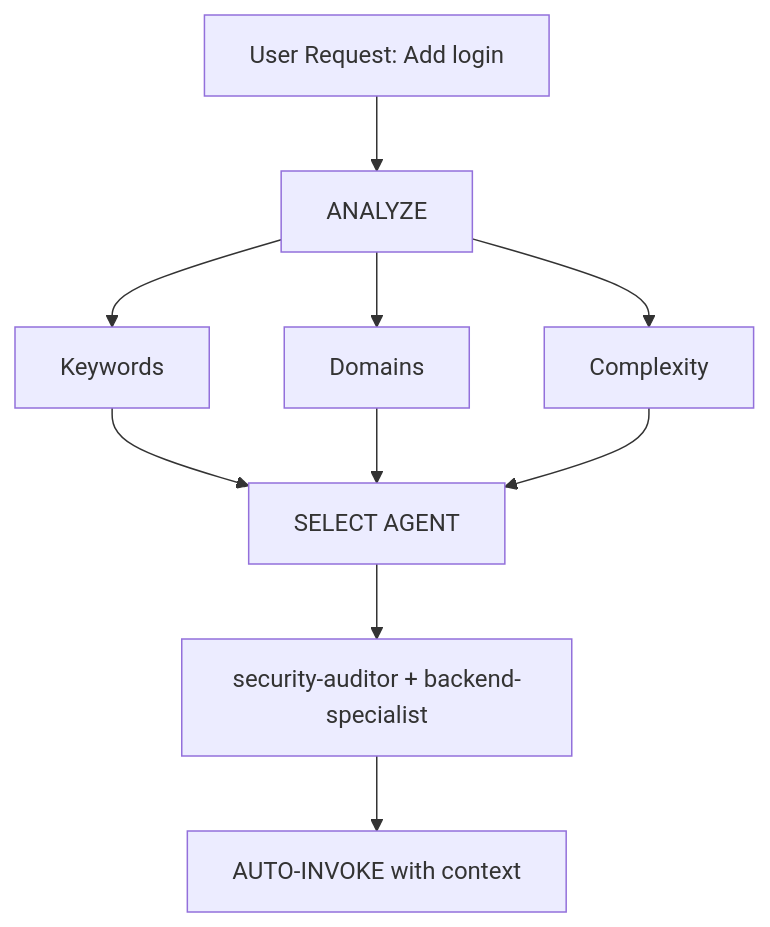
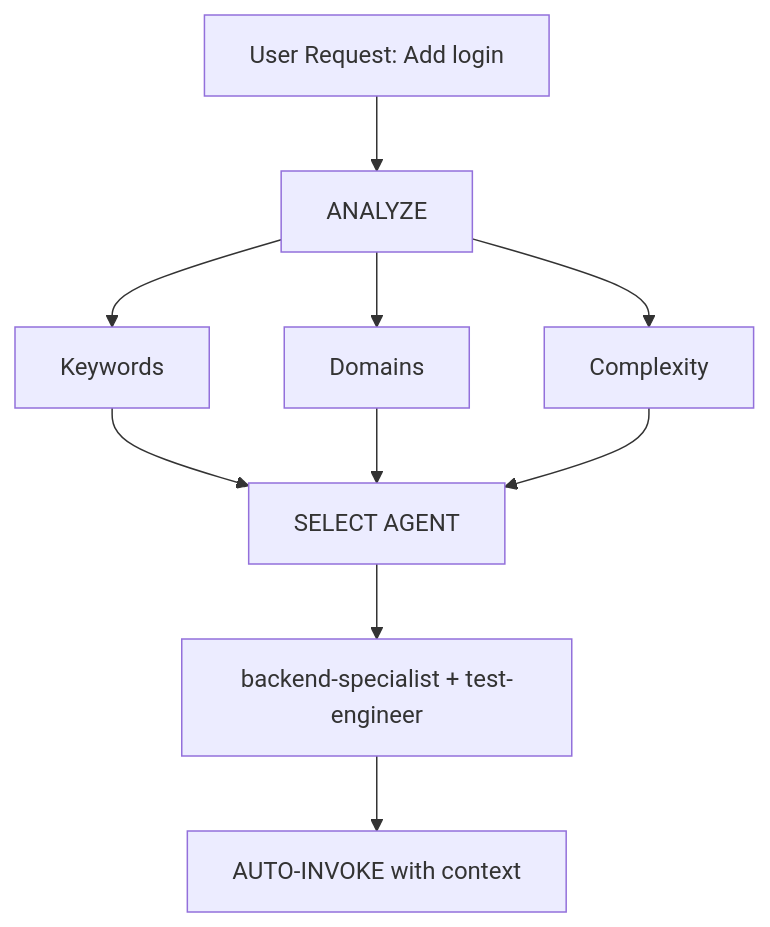
The diagram in .agent/skills/intelligent-routing/SKILL.md (Andryd22/AG-agents-skills), drawn with Mermaid before and after one commit. The commit also changed other lines of this file and 17 other files, not shown here.

````diff
--- a/.agent/skills/intelligent-routing/SKILL.md
+++ b/.agent/skills/intelligent-routing/SKILL.md
@@ -34,12 +35,12 @@
 ```mermaid
 graph TD
     A[User Request: Add login] --> B[ANALYZE]
     B --> C[Keywords]
     B --> D[Domains]
     B --> E[Complexity]
     C --> F[SELECT AGENT]
     D --> F
     E --> F
-    F --> G[security-auditor + backend-specialist]
+    F --> G[backend-specialist + test-engineer]
     G --> H[AUTO-INVOKE with context]
 ```
````
